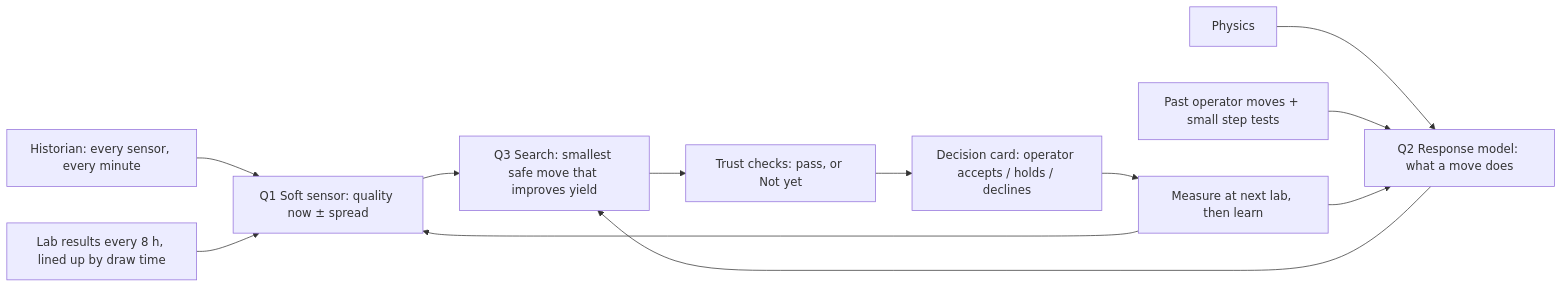
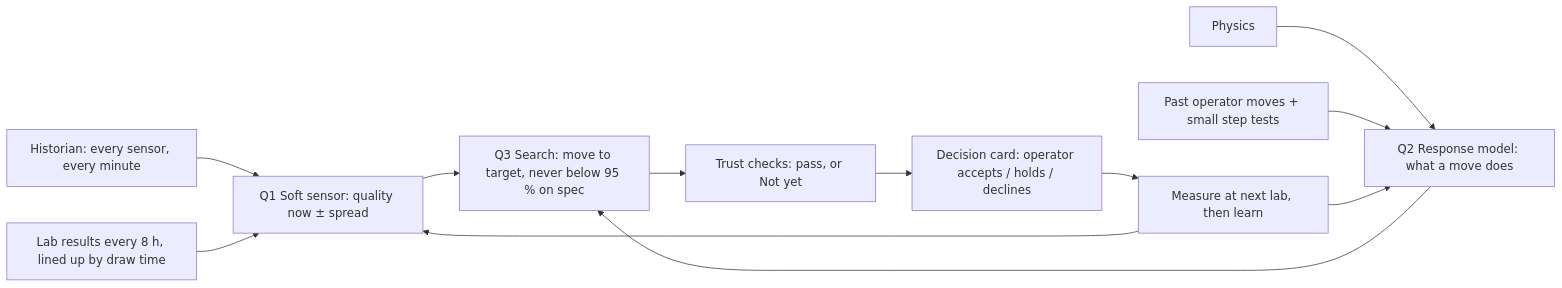
Before and after one commit to amandeepsinghs-cyber/refinery-yield-optimisation-agentic-transformation: the diagram in STORY_v2.md, drawn with Mermaid. The commit also changed other lines of this file and 19 other files, not shown here.

````diff
--- a/STORY_v2.md
+++ b/STORY_v2.md
@@ -284,14 +284,14 @@
 ```mermaid
 flowchart LR
     H["Historian: every sensor, every minute"] --> Q1["Q1 Soft sensor: quality now ± spread"]
     L["Lab results every 8 h, lined up by draw time"] --> Q1
     P["Physics"] --> Q2["Q2 Response model: what a move does"]
     M["Past operator moves + small step tests"] --> Q2
-    Q1 --> Q3["Q3 Search: smallest safe move that improves yield"]
+    Q1 --> Q3["Q3 Search: move to target, never below 95 % on spec"]
     Q2 --> Q3
     Q3 --> C["Trust checks: pass, or Not yet"]
     C --> D["Decision card: operator accepts / holds / declines"]
     D --> X["Measure at next lab, then learn"]
     X --> Q1
     X --> Q2
 ```
````
